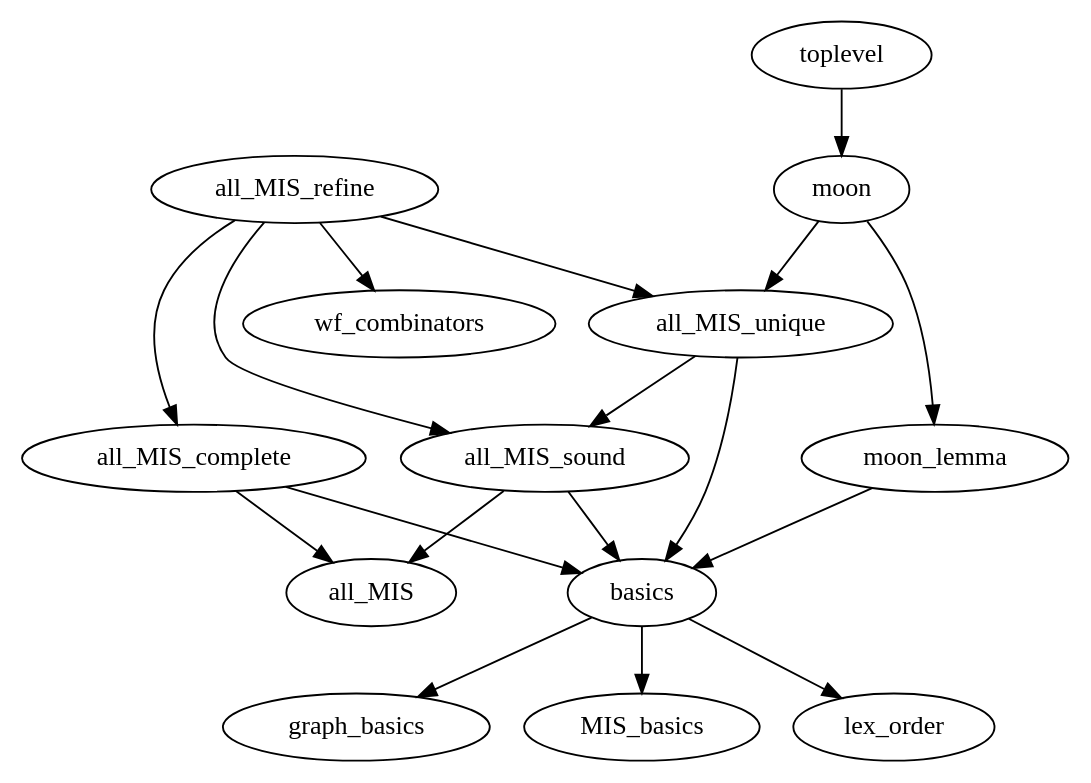
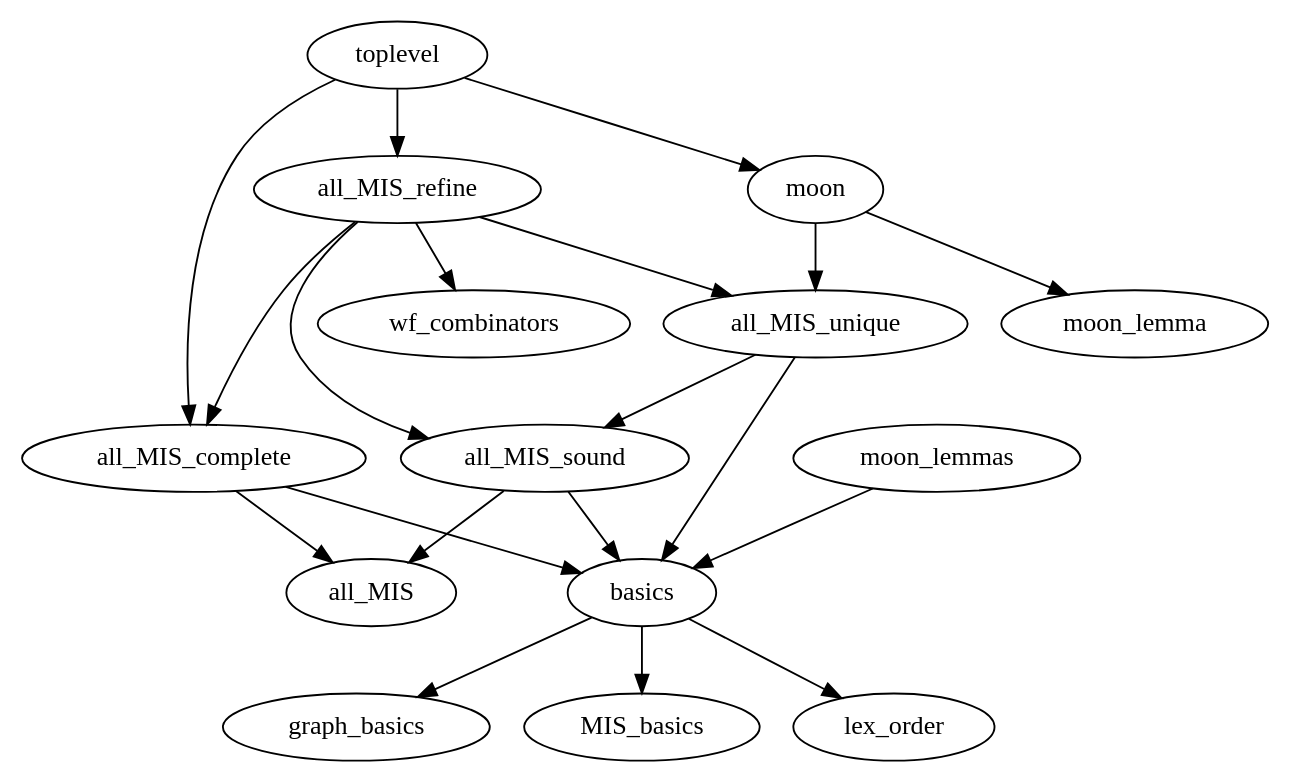
The diagram in dependency-graph.dot (merten-samuel/allMIS), drawn with Graphviz before and after one commit. The commit also changed 1 other file, not shown here.

Commit message:
Prove another theorem; update dependency-graph

```diff
--- a/dependency-graph.dot
+++ b/dependency-graph.dot
@@ -1,33 +1,35 @@
 //Transitive dependencies among main files in development
 digraph deps {
   basics -> graph_basics;
   basics -> MIS_basics;
   basics -> lex_order;  
 
   all_MIS_complete -> basics;
   all_MIS_complete -> all_MIS;
   
   all_MIS_sound -> basics;
   all_MIS_sound -> all_MIS;
   
   all_MIS_unique -> basics;
   //all_MIS_unique -> all_MIS;
   all_MIS_unique -> all_MIS_sound;
   
   //all_MIS_refine -> basics;
   all_MIS_refine -> wf_combinators;
   all_MIS_refine -> all_MIS_sound;
   all_MIS_refine -> all_MIS_complete;
   all_MIS_refine -> all_MIS_unique;
 
-  moon_lemma -> basics;
+  moon_lemmas -> basics;
 
   //moon -> basics;
   moon -> all_MIS_unique;
   moon -> moon_lemma;
 
   //toplevel -> basics;
   //toplevel -> all_MIS;
-  //toplevel -> all_MIS_sound;  
+  //toplevel -> all_MIS_sound;
+  toplevel -> all_MIS_complete;
+  toplevel -> all_MIS_refine;
   toplevel -> moon;  
 }
```
